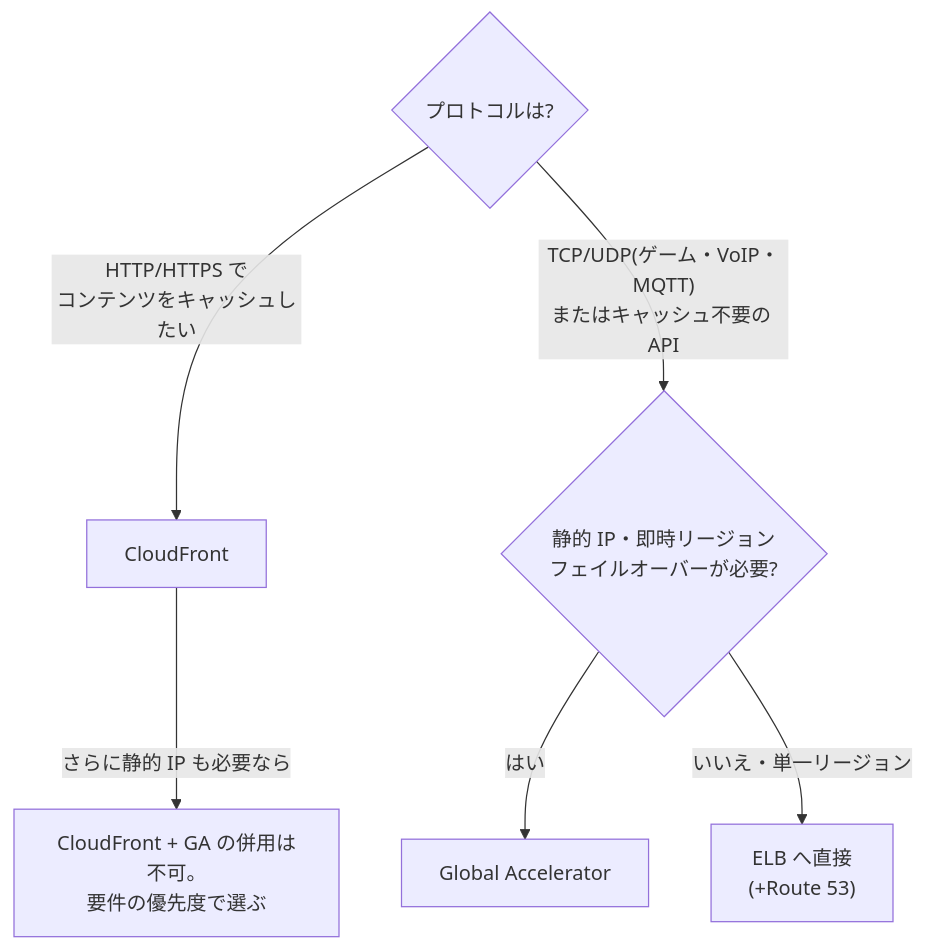
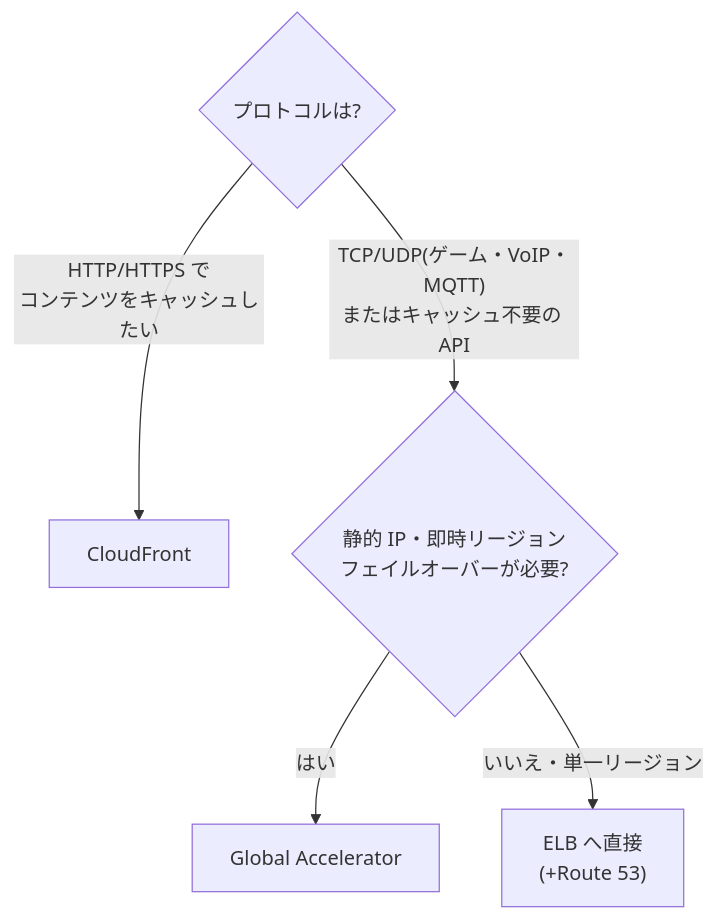
The second of 2 diagrams in 02-new-solutions/2-5-performance.md (tono55/aws-sap), drawn with Mermaid before and after one commit. The commit also changed other lines of this file and 5 other files, not shown here.

First line of the commit message:
Rewrite Domain 2 notes as full study material aligned with Well-Architected

````diff
--- a/02-new-solutions/2-5-performance.md
+++ b/02-new-solutions/2-5-performance.md
@@ -44,9 +54,8 @@
 ```mermaid
 flowchart TD
     Q1{"プロトコルは?"}
     Q1 -->|"HTTP/HTTPS で<br>コンテンツをキャッシュしたい"| CF["CloudFront"]
     Q1 -->|"TCP/UDP(ゲーム・VoIP・MQTT)<br>またはキャッシュ不要の API"| Q2{"静的 IP・即時リージョン<br>フェイルオーバーが必要?"}
     Q2 -->|はい| GA["Global Accelerator"]
     Q2 -->|"いいえ・単一リージョン"| DIRECT["ELB へ直接<br>(+Route 53)"]
-    CF -->|"さらに静的 IP も必要なら"| BOTH["CloudFront + GA の併用は不可。<br>要件の優先度で選ぶ"]
 ```
````
